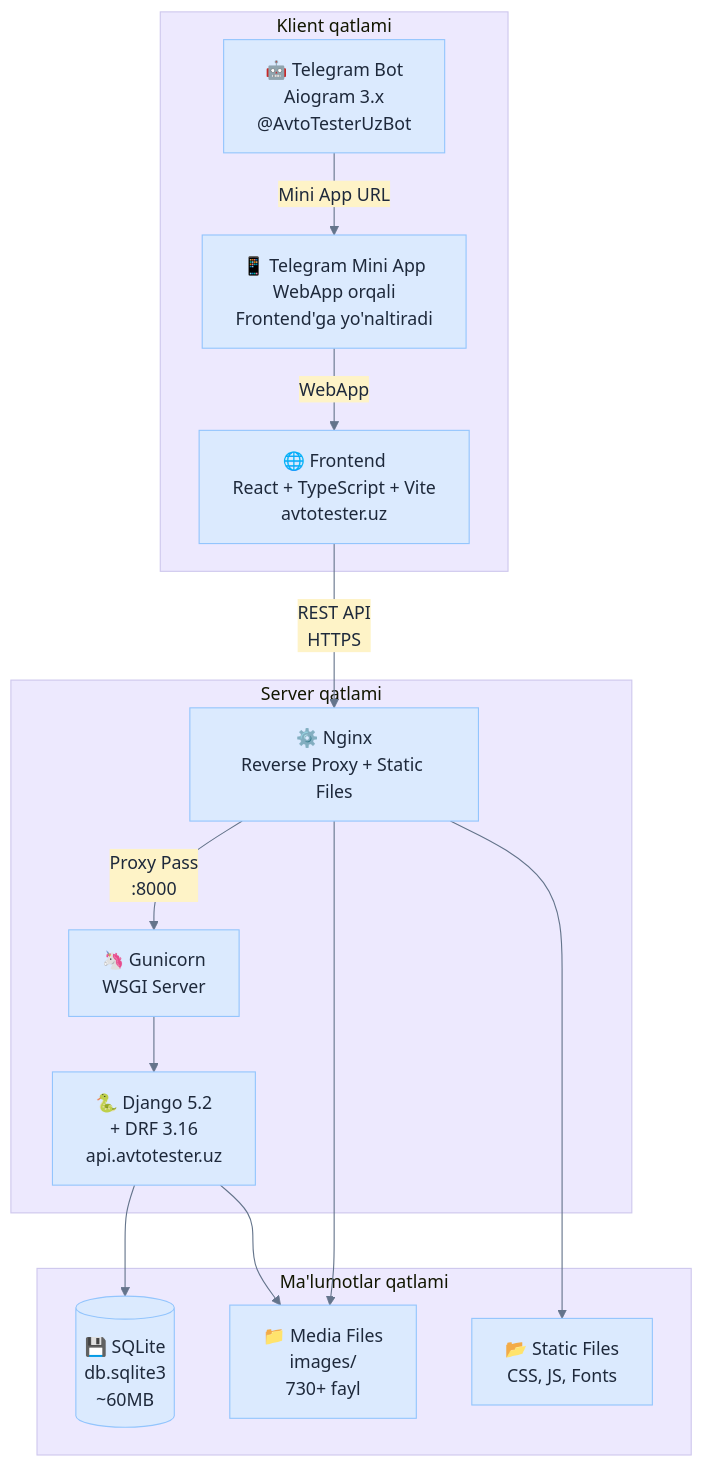
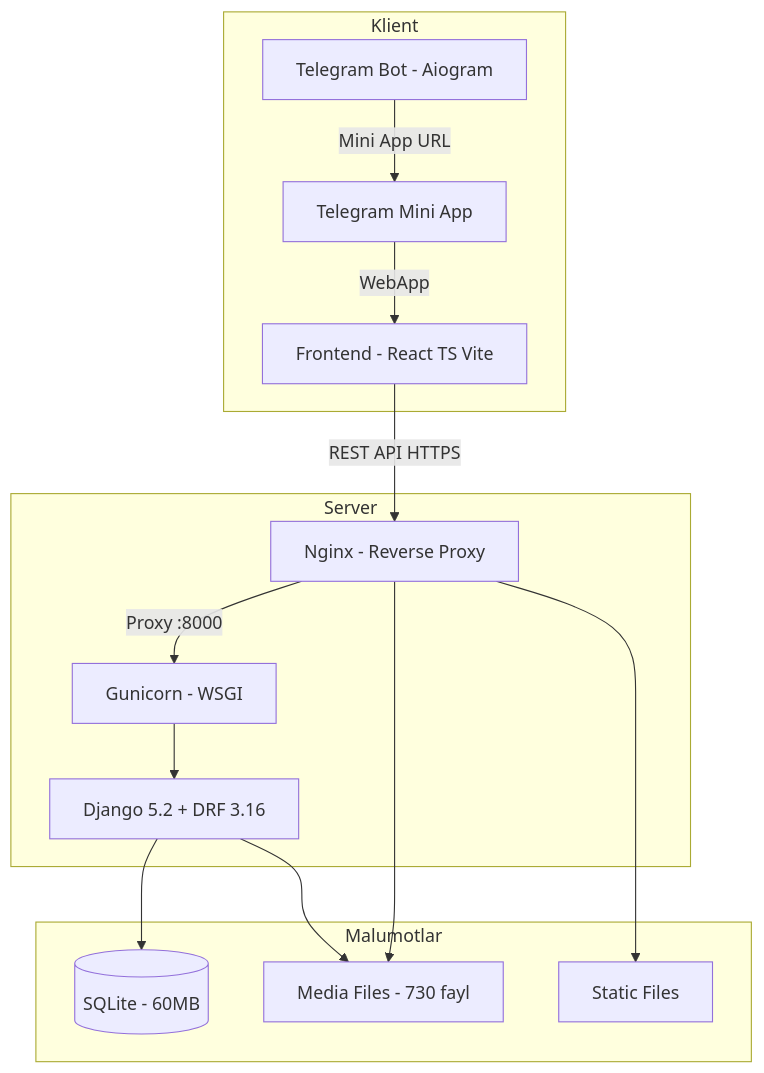
One commit to khismoiloff/BrpAvtoTest changed the third of 18 diagrams in README.md. Above: the diagram before and after it, drawn with Mermaid. The commit also changed other lines of this file, not shown here.

````diff
--- a/README.md
+++ b/README.md
@@ -125,31 +125,31 @@
 ```mermaid
-%%{init: {'theme': 'base', 'themeVariables': {'background': '#ffffff', 'primaryColor': '#dbeafe', 'primaryTextColor': '#1e293b', 'primaryBorderColor': '#93c5fd', 'lineColor': '#64748b', 'secondaryColor': '#fef3c7', 'tertiaryColor': '#ede9fe', 'fontFamily': 'sans-serif'}}}%%
+%%{init: {'theme': 'default'}}%%
 graph TB
-    subgraph "Klient qatlami"
-        FE["🌐 Frontend<br/>React + TypeScript + Vite<br/>avtotester.uz"]
-        TG["🤖 Telegram Bot<br/>Aiogram 3.x<br/>@AvtoTesterUzBot"]
-        MA["📱 Telegram Mini App<br/>WebApp orqali<br/>Frontend'ga yo'naltiradi"]
+    subgraph Klient
+        FE[Frontend - React TS Vite]
+        TG[Telegram Bot - Aiogram]
+        MA[Telegram Mini App]
     end
 
-    subgraph "Server qatlami"
-        NG["⚙️ Nginx<br/>Reverse Proxy + Static Files"]
-        GU["🦄 Gunicorn<br/>WSGI Server"]
-        DJ["🐍 Django 5.2<br/>+ DRF 3.16<br/>api.avtotester.uz"]
+    subgraph Server
+        NG[Nginx - Reverse Proxy]
+        GU[Gunicorn - WSGI]
+        DJ[Django 5.2 + DRF 3.16]
     end
 
-    subgraph "Ma'lumotlar qatlami"
-        DB[("💾 SQLite<br/>db.sqlite3<br/>~60MB")]
-        FS["📁 Media Files<br/>images/<br/>730+ fayl"]
-        ST["📂 Static Files<br/>CSS, JS, Fonts"]
+    subgraph Malumotlar
+        DB[(SQLite - 60MB)]
+        FS[Media Files - 730 fayl]
+        ST[Static Files]
     end
 
-    FE -->|"REST API<br/>HTTPS"| NG
-    TG -->|"Mini App URL"| MA
-    MA -->|"WebApp"| FE
-    NG -->|"Proxy Pass<br/>:8000"| GU
+    FE -->|REST API HTTPS| NG
+    TG -->|Mini App URL| MA
+    MA -->|WebApp| FE
+    NG -->|Proxy :8000| GU
     GU --> DJ
     DJ --> DB
     DJ --> FS
     NG --> ST
     NG --> FS
 ```
````
